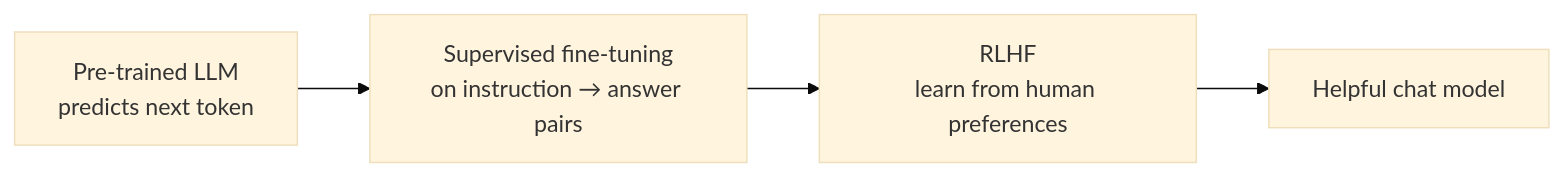
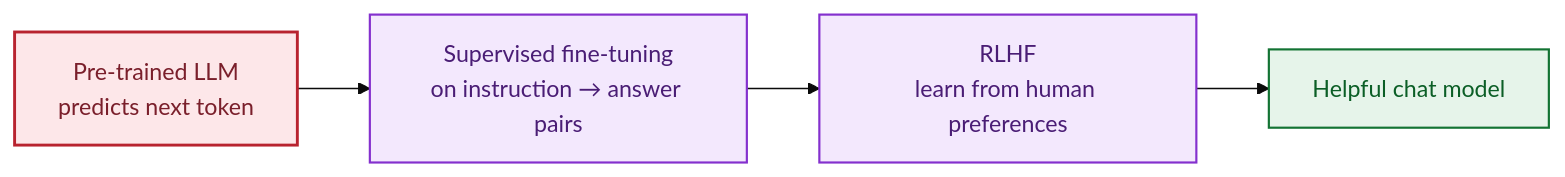
The diagram in slides/diagrams/diag11.mmd (kasemsit/261405), drawn with Mermaid (base theme) before and after one commit. The commit also changed 45 other files, not shown here.

Commit message:
Add 5 topics (metrics, recsys, unsupervised, fine-tuning, PDPA/injection/interpretability), detailed RAG/agentic diagrams, course landing page

```diff
--- a/slides/diagrams/diag11.mmd
+++ b/slides/diagrams/diag11.mmd
@@ -1,4 +1,14 @@
 flowchart LR
   P[Pre-trained LLM<br/>predicts next token] --> S[Supervised fine-tuning<br/>on instruction → answer pairs]
   S --> R[RLHF<br/>learn from human preferences]
   R --> C[Helpful chat model]
+
+  classDef inp   fill:#e8f0fe,stroke:#1a73a8,color:#10406b,stroke-width:1.5px;
+  classDef proc  fill:#f3e8fd,stroke:#8430ce,color:#4a1d75,stroke-width:1.5px;
+  classDef model fill:#fde7e9,stroke:#b8232f,color:#7a1f2b,stroke-width:2px;
+  classDef good  fill:#e6f4ea,stroke:#137333,color:#0b5e26,stroke-width:1.5px;
+  classDef warn  fill:#fff3e0,stroke:#e08600,color:#8a5200,stroke-width:1.5px;
+  classDef store fill:#eceff1,stroke:#5f7d8c,color:#324a54,stroke-width:1.5px;
+  class P model;
+  class S,R proc;
+  class C good;
```
